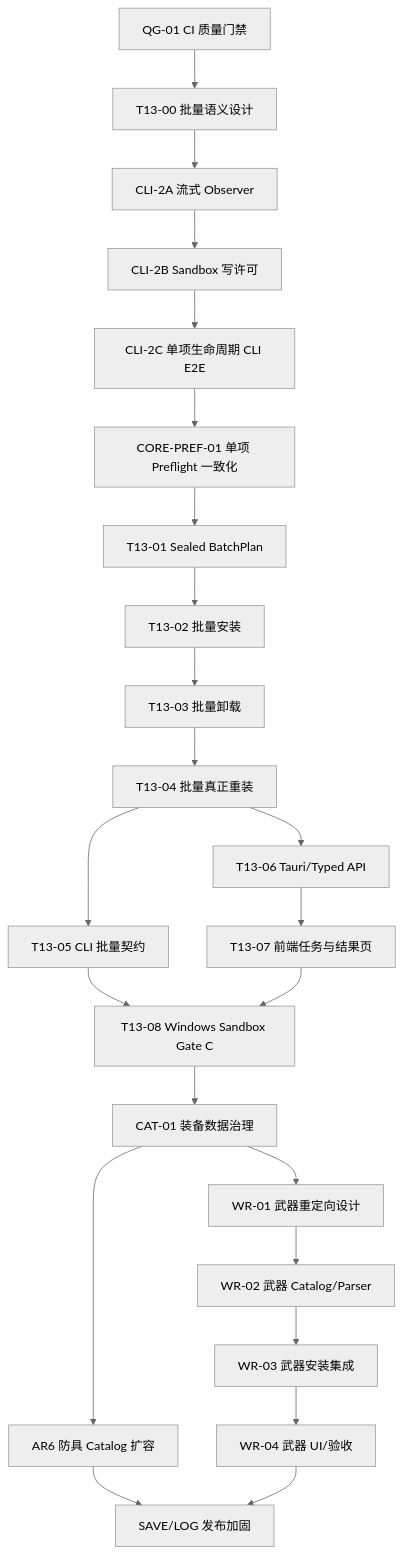
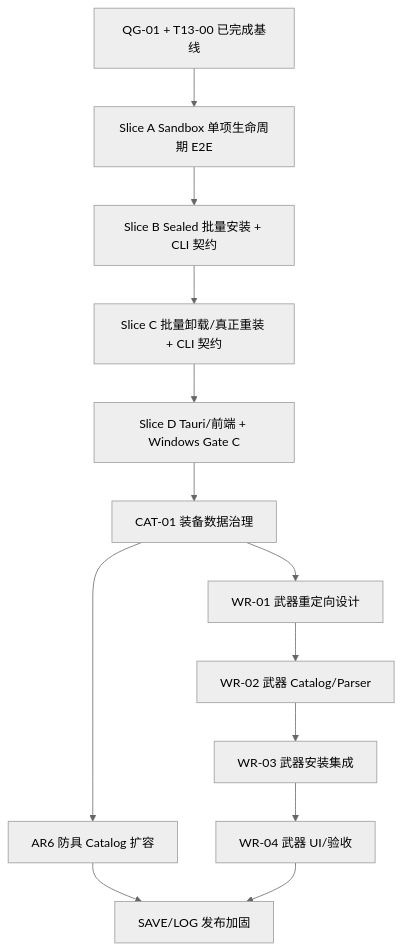
The diagram in docs/AUTONOMOUS_ITERATION_ROADMAP.md (TheLostRiver/HelsincyModManager), drawn with Mermaid (neutral theme) before and after one commit. The commit also changed other lines of this file and 38 other files, not shown here.

First line of the commit message:
refactor(governance): streamline skills and delivery flow

````diff
--- a/docs/AUTONOMOUS_ITERATION_ROADMAP.md
+++ b/docs/AUTONOMOUS_ITERATION_ROADMAP.md
@@ -93,25 +110,15 @@
 ```mermaid
 flowchart TD
-  QG["QG-01 CI 质量门禁"] --> B0["T13-00 批量语义设计"]
-  B0 --> O["CLI-2A 流式 Observer"]
-  O --> S["CLI-2B Sandbox 写许可"]
-  S --> C["CLI-2C 单项生命周期 CLI E2E"]
-  C --> CORE["CORE-PREF-01 单项 Preflight 一致化"]
-  CORE --> B1["T13-01 Sealed BatchPlan"]
-  B1 --> BI["T13-02 批量安装"]
-  BI --> BU["T13-03 批量卸载"]
-  BU --> BR["T13-04 批量真正重装"]
-  BR --> BC["T13-05 CLI 批量契约"]
-  BR --> BT["T13-06 Tauri/Typed API"]
-  BT --> BF["T13-07 前端任务与结果页"]
-  BC --> BG["T13-08 Windows Sandbox Gate C"]
-  BF --> BG
-  BG --> CAT["CAT-01 装备数据治理"]
+  QG["QG-01 + T13-00 已完成基线"] --> A["Slice A Sandbox 单项生命周期 E2E"]
+  A --> B["Slice B Sealed 批量安装 + CLI 契约"]
+  B --> C["Slice C 批量卸载/真正重装 + CLI 契约"]
+  C --> D["Slice D Tauri/前端 + Windows Gate C"]
+  D --> CAT["CAT-01 装备数据治理"]
   CAT --> AR["AR6 防具 Catalog 扩容"]
   CAT --> WD["WR-01 武器重定向设计"]
   WD --> WC["WR-02 武器 Catalog/Parser"]
   WC --> WI["WR-03 武器安装集成"]
   WI --> WU["WR-04 武器 UI/验收"]
   AR --> SAVE["SAVE/LOG 发布加固"]
   WU --> SAVE
 ```
````
